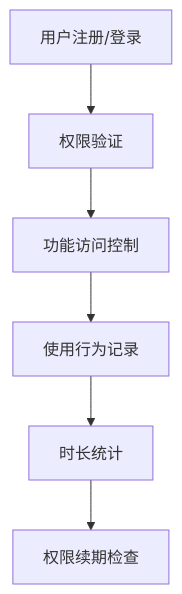
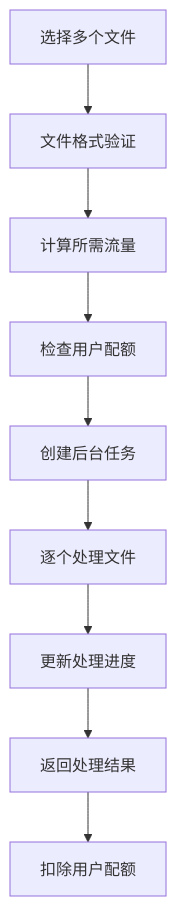
The third of 3 diagrams in README.md (wskk267/ElectricAssetDefectRecognition), drawn with Mermaid before and after one commit. The commit also changed other lines of this file and 2 other files, not shown here.

````diff
--- a/README.md
+++ b/README.md
@@ -161,8 +170,11 @@
 ```mermaid
 graph TD
-    A[用户注册/登录] --> B[权限验证]
-    B --> C[功能访问控制]
-    C --> D[使用行为记录]
-    D --> E[时长统计]
-    E --> F[权限续期检查]
+    A[选择多个文件] --> B[文件格式验证]
+    B --> C[计算所需流量]
+    C --> D[检查用户配额]
+    D --> E[创建后台任务]
+    E --> F[逐个处理文件]
+    F --> G[更新处理进度]
+    G --> H[返回处理结果]
+    H --> I[扣除用户配额]
 ```
````
